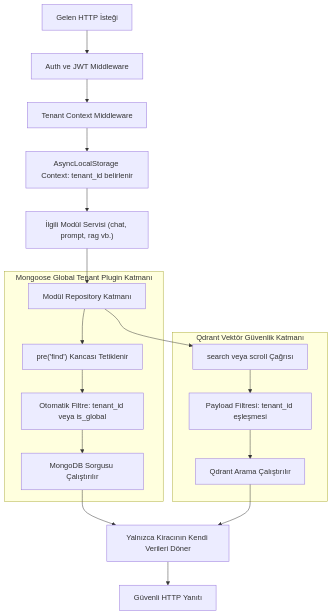
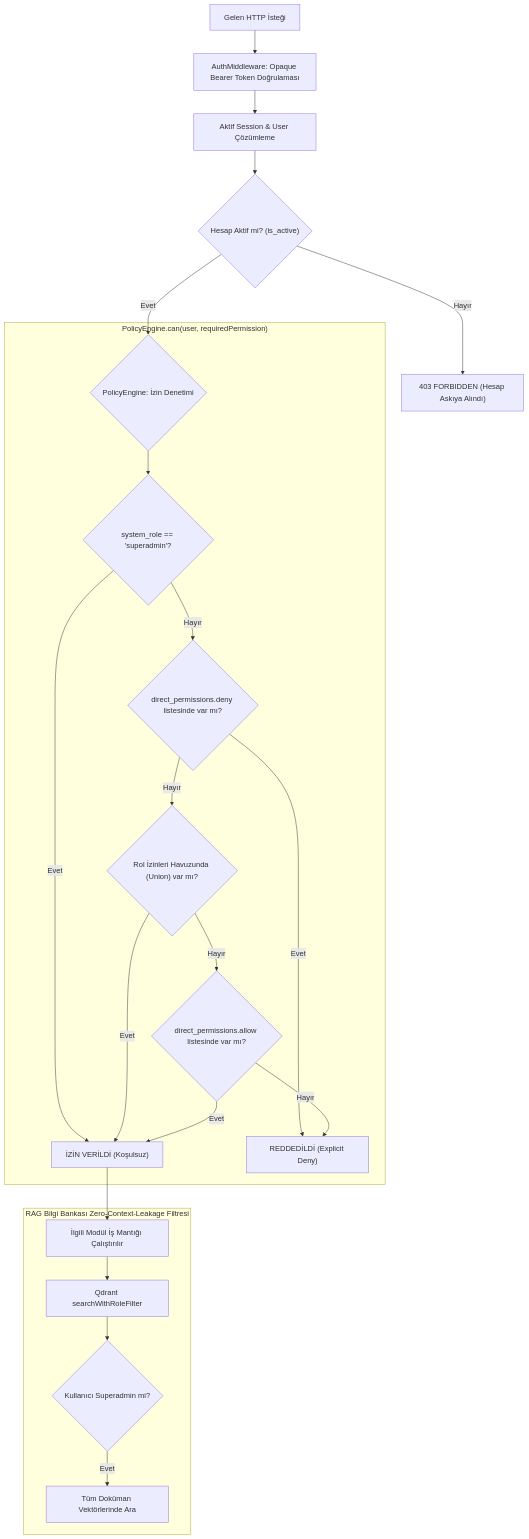
One commit to aemreceylan/localAIApp changed the fifth of 5 diagrams in documents/common/data_and_business_workflows.md. Above: the diagram before and after it, drawn with Mermaid. The commit also changed other lines of this file and 3 other files, not shown here.

Commit message:
docs: add architecture, workflows, system context, and vitest config

````diff
--- a/documents/common/data_and_business_workflows.md
+++ b/documents/common/data_and_business_workflows.md
@@ -422,25 +450,28 @@
 ```mermaid
 flowchart TD
-    Req["Gelen HTTP İsteği"] --> MW1["Auth ve JWT Middleware"]
-    MW1 --> MW2["Tenant Context Middleware"]
-    MW2 --> SetCtx["AsyncLocalStorage Context: tenant_id belirlenir"]
+    Req["Gelen HTTP İsteği"] --> MW1["AuthMiddleware: Opaque Bearer Token Doğrulaması"]
+    MW1 --> MW2["Aktif Session & User Çözümleme"]
+    MW2 --> BanCheck{"Hesap Aktif mi? (is_active)"}
+    BanCheck -- Hayır --> 403Ban["403 FORBIDDEN (Hesap Askıya Alındı)"]
+    BanCheck -- Evet --> PolicyCheck{"PolicyEngine: İzin Denetimi"}
 
-    SetCtx --> ModService["İlgili Modül Servisi (chat, prompt, rag vb.)"]
-    ModService --> ModRepo["Modül Repository Katmanı"]
-
-    subgraph Mongo_RLS ["Mongoose Global Tenant Plugin Katmanı"]
-        ModRepo --> QueryHook["pre('find') Kancası Tetiklenir"]
-        QueryHook --> InjectFilter["Otomatik Filtre: tenant_id veya is_global"]
-        InjectFilter --> MongoExec["MongoDB Sorgusu Çalıştırılır"]
+    subgraph Policy_Engine ["PolicyEngine.can(user, requiredPermission)"]
+        PolicyCheck --> SuperCheck{"system_role == 'superadmin'?"}
+        SuperCheck -- Evet --> Granted["İZİN VERİLDİ (Koşulsuz)"]
+        SuperCheck -- Hayır --> DenyOverride{"direct_permissions.deny listesinde var mı?"}
+        DenyOverride -- Evet --> Denied["REDDEDİLDİ (Explicit Deny)"]
+        DenyOverride -- Hayır --> RoleCheck{"Rol İzinleri Havuzunda (Union) var mı?"}
+        RoleCheck -- Evet --> Granted
+        RoleCheck -- Hayır --> AllowOverride{"direct_permissions.allow listesinde var mı?"}
+        AllowOverride -- Evet --> Granted
+        AllowOverride -- Hayır --> Denied
     end
 
-    subgraph Qdrant_RLS ["Qdrant Vektör Güvenlik Katmanı"]
-        ModRepo --> QdrantSearch["search veya scroll Çağrısı"]
-        QdrantSearch --> InjectQdrantFilter["Payload Filtresi: tenant_id eşleşmesi"]
-        InjectQdrantFilter --> QdrantExec["Qdrant Arama Çalıştırılır"]
+    Granted --> ModAction["İlgili Modül İş Mantığı Çalıştırılır"]
+
+    subgraph Zero_Context_Leakage ["RAG Bilgi Bankası Zero-Context-Leakage Filtresi"]
+        ModAction --> QdrantSearch["Qdrant searchWithRoleFilter"]
+        QdrantSearch --> RoleACL{"Kullanıcı Superadmin mi?"}
+        RoleACL -- Evet --> AllDocs["Tüm Doküman Vektörlerinde Ara"]
     end
-
-    MongoExec --> Result["Yalnızca Kiracının Kendi Verileri Döner"]
-    QdrantExec --> Result
-    Result --> Res["Güvenli HTTP Yanıtı"]
 ```
````
